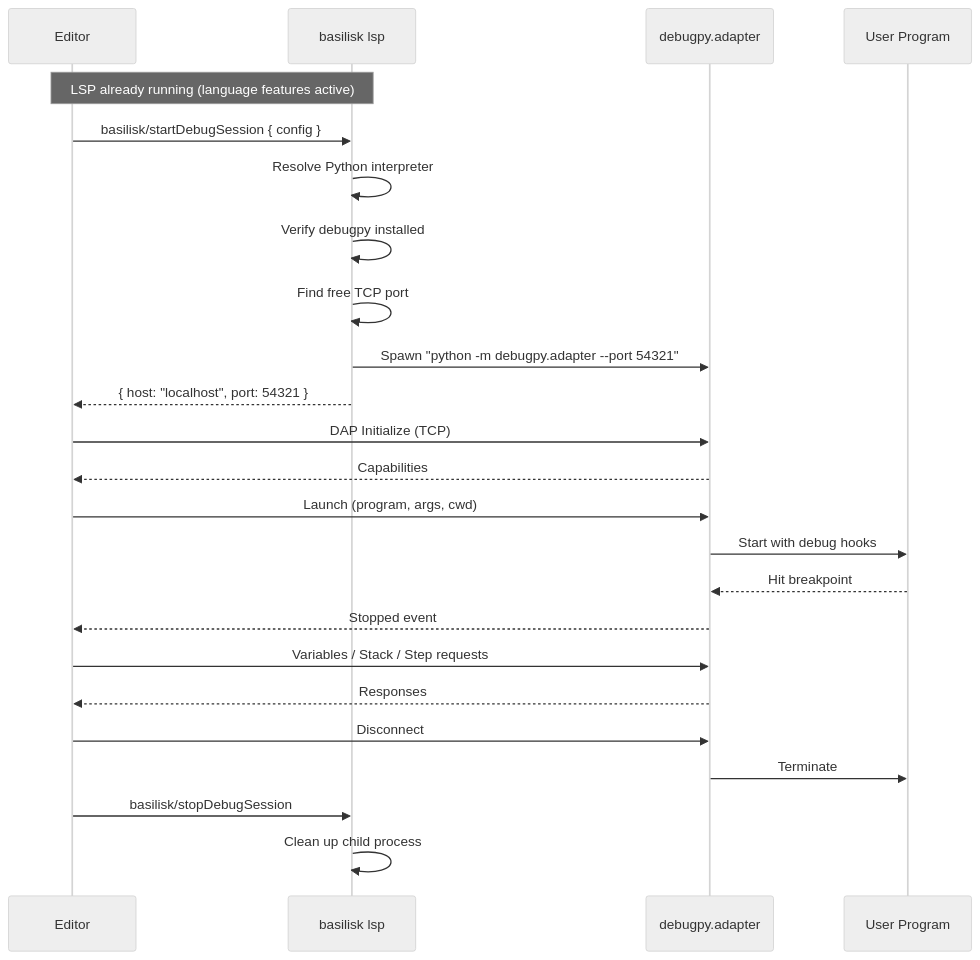
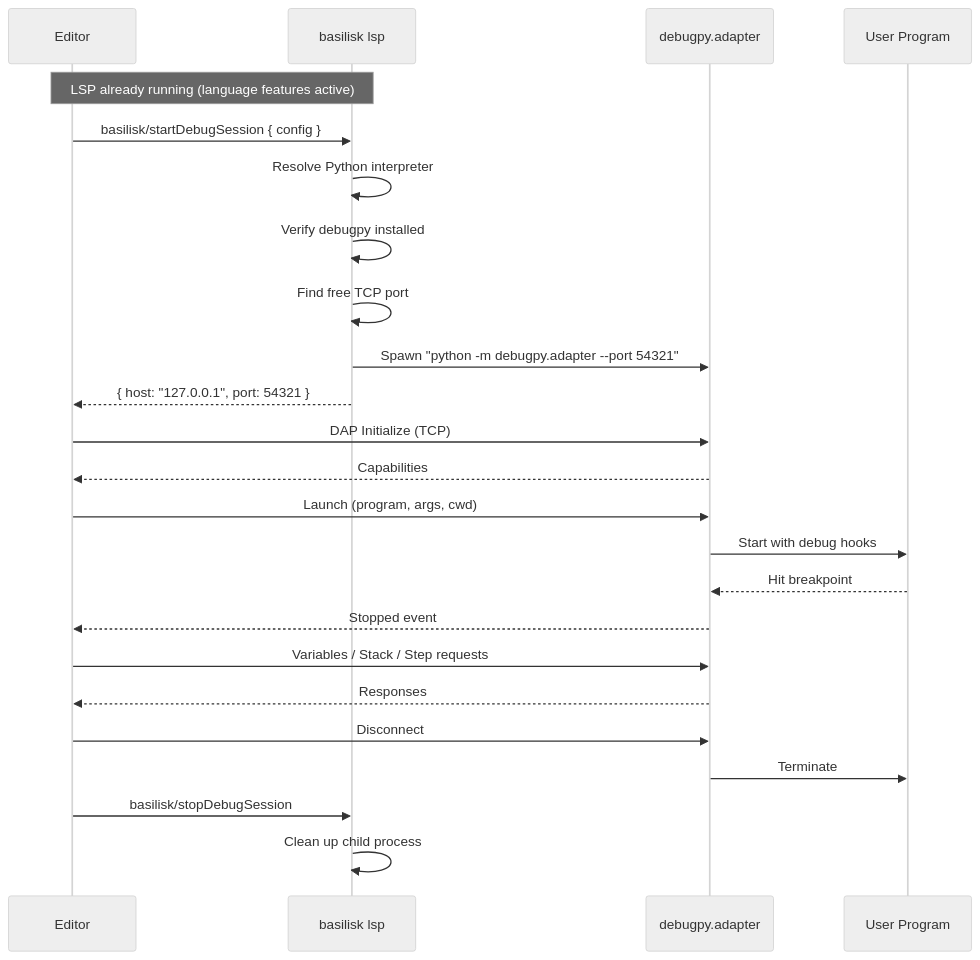
Before and after one commit to Nimblesite/Basilisk: the first of 2 diagrams in docs/specs/LSP-DEBUG-INTEGRATION-SPEC.md, drawn with Mermaid (neutral theme). The commit also changed other lines of this file and 169 other files, not shown here.

````diff
--- a/docs/specs/LSP-DEBUG-INTEGRATION-SPEC.md
+++ b/docs/specs/LSP-DEBUG-INTEGRATION-SPEC.md
@@ -7,27 +7,27 @@
 ```mermaid
 sequenceDiagram
     participant Editor
     participant LSP as basilisk lsp
     participant debugpy as debugpy.adapter
     participant program as User Program
 
     Note over Editor,LSP: LSP already running (language features active)
     Editor->>LSP: basilisk/startDebugSession { config }
     LSP->>LSP: Resolve Python interpreter
     LSP->>LSP: Verify debugpy installed
     LSP->>LSP: Find free TCP port
     LSP->>debugpy: Spawn "python -m debugpy.adapter --port 54321"
-    LSP-->>Editor: { host: "localhost", port: 54321 }
+    LSP-->>Editor: { host: "127.0.0.1", port: 54321 }
     Editor->>debugpy: DAP Initialize (TCP)
     debugpy-->>Editor: Capabilities
     Editor->>debugpy: Launch (program, args, cwd)
     debugpy->>program: Start with debug hooks
     program-->>debugpy: Hit breakpoint
     debugpy-->>Editor: Stopped event
     Editor->>debugpy: Variables / Stack / Step requests
     debugpy-->>Editor: Responses
     Editor->>debugpy: Disconnect
     debugpy->>program: Terminate
     Editor->>LSP: basilisk/stopDebugSession
     LSP->>LSP: Clean up child process
 ```
````
